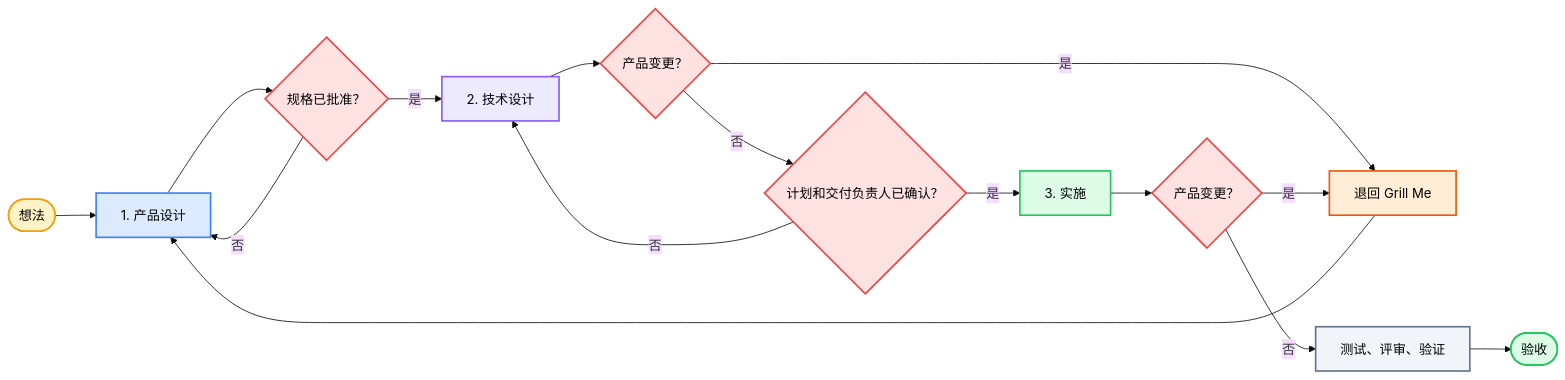
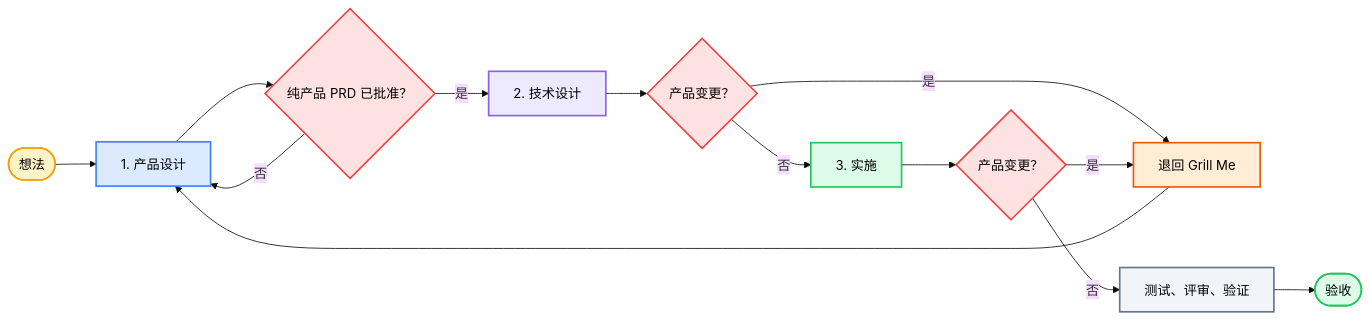
Before and after one commit to okht/grill-powers: the diagram in docs/lang/README_ZH.md, drawn with Mermaid (base theme). The commit also changed other lines of this file and 7 other files, not shown here.

````diff
--- a/docs/lang/README_ZH.md
+++ b/docs/lang/README_ZH.md
@@ -130,29 +141,26 @@
 ```mermaid
 flowchart LR
     I(["想法"]) --> P["1. 产品设计"]
-    P --> S{"规格已批准？"}
+    P --> S{"纯产品 PRD 已批准？"}
     S -- "否" --> P
     S -- "是" --> T["2. 技术设计"]
     T --> C{"产品变更？"}
     C -- "是" --> R["退回 Grill Me"]
     R --> P
-    C -- "否" --> O{"计划和交付负责人已确认？"}
-    O -- "否" --> T
-    O -- "是" --> D["3. 实施"]
+    C -- "否" --> D["3. 实施"]
     D --> M{"产品变更？"}
     M -- "是" --> R
     M -- "否" --> V["测试、评审、验证"]
     V --> A(["验收"])
 
     style I fill:#FEF3C7,stroke:#F59E0B,stroke-width:2px,color:#000
     style P fill:#DBEAFE,stroke:#3B82F6,stroke-width:2px,color:#000
     style S fill:#FEE2E2,stroke:#EF4444,stroke-width:2px,color:#000
     style T fill:#EDE9FE,stroke:#8B5CF6,stroke-width:2px,color:#000
     style C fill:#FEE2E2,stroke:#EF4444,stroke-width:2px,color:#000
-    style O fill:#FEE2E2,stroke:#EF4444,stroke-width:2px,color:#000
     style R fill:#FFEDD5,stroke:#EA580C,stroke-width:2px,color:#000
     style D fill:#DCFCE7,stroke:#22C55E,stroke-width:2px,color:#000
     style M fill:#FEE2E2,stroke:#EF4444,stroke-width:2px,color:#000
     style V fill:#F1F5F9,stroke:#64748B,stroke-width:2px,color:#000
     style A fill:#DCFCE7,stroke:#22C55E,stroke-width:2px,color:#000
 ```
````
